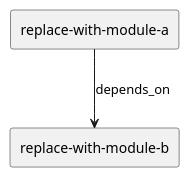
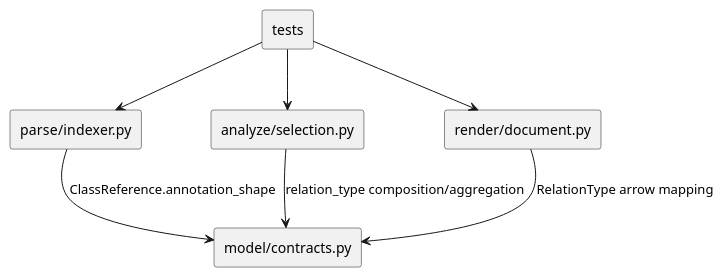
The diagram in spec-dock/initiatives/init-00001-pyclassuml-prototype/epics/epic-00031-field-ownership-relation-rendering/issues/iss-00032-render-composition-aggregation-from-field-types/design.md (chemitaro/pyclassuml), drawn with PlantUML before and after one commit. The commit also changed other lines of this file and 3 other files, not shown here.

````diff
--- a/spec-dock/initiatives/init-00001-pyclassuml-prototype/epics/epic-00031-field-ownership-relation-rendering/issues/iss-00032-render-composition-aggregation-from-field-types/design.md
+++ b/spec-dock/initiatives/init-00001-pyclassuml-prototype/epics/epic-00031-field-ownership-relation-rendering/issues/iss-00032-render-composition-aggregation-from-field-types/design.md
@@ -88,11 +93,18 @@
 ```plantuml
 @startuml
 top to bottom direction
-' show module / class / file / function dependencies that affect implementation order
-' do not copy Initiative/Epic diagrams
 
-rectangle "replace-with-module-a" as A
-rectangle "replace-with-module-b" as B
-A --> B : depends_on
+rectangle "parse/indexer.py" as parse
+rectangle "model/contracts.py" as model
+rectangle "analyze/selection.py" as analyze
+rectangle "render/document.py" as render
+rectangle "tests" as tests
+
+parse --> model : ClassReference.annotation_shape
+analyze --> model : relation_type composition/aggregation
+render --> model : RelationType arrow mapping
+tests --> parse
+tests --> analyze
+tests --> render
 @enduml
 ```
````
